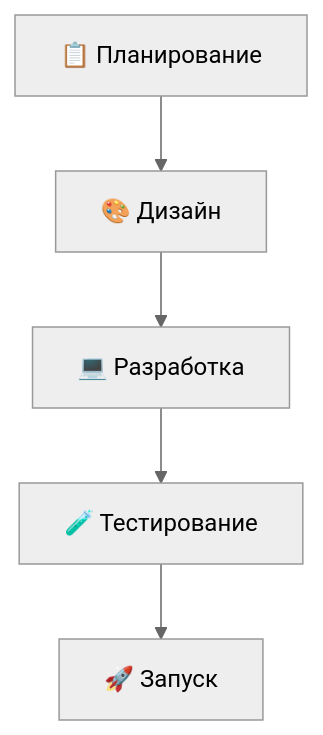
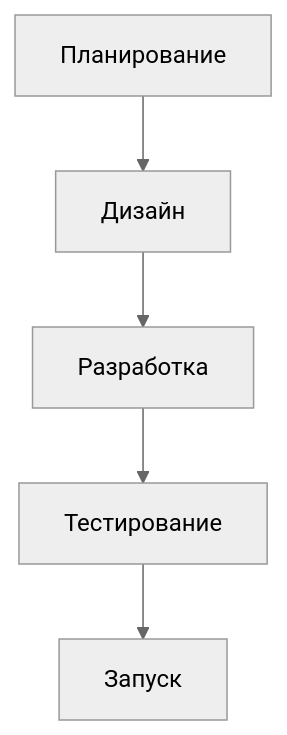
The diagram in README.md (floristfreefire-star/IThub-College-Management-System), drawn with Mermaid (neutral theme) before and after one commit. The commit also changed other lines of this file, not shown here.

````diff
--- a/README.md
+++ b/README.md
@@ -174,7 +174,7 @@
 ```mermaid
 graph TD
-    A[📋 Планирование] --> B[🎨 Дизайн]
-    B --> C[💻 Разработка]
-    C --> D[🧪 Тестирование]
-    D --> E[🚀 Запуск]
+    A[ Планирование] --> B[ Дизайн]
+    B --> C[ Разработка]
+    C --> D[ Тестирование]
+    D --> E[ Запуск]
 ```
````
